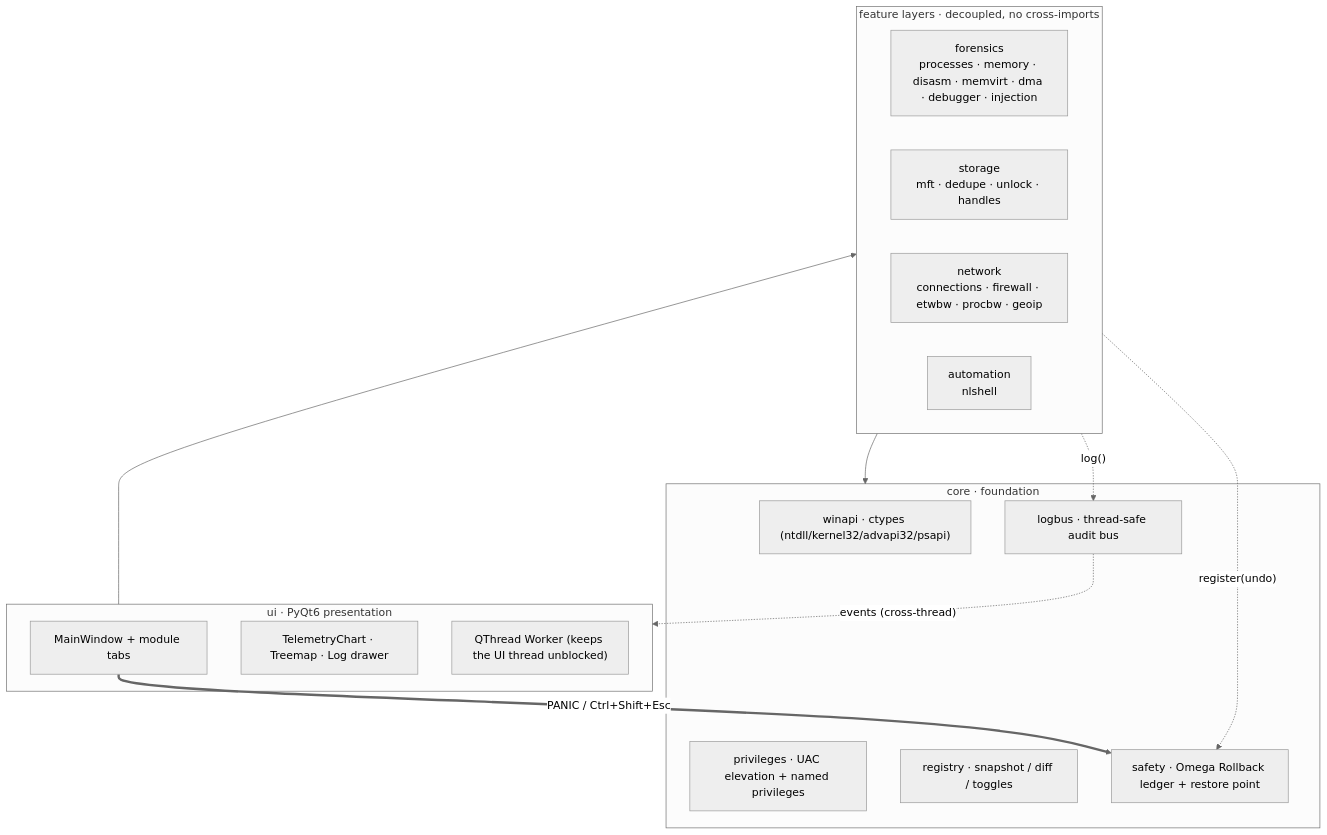
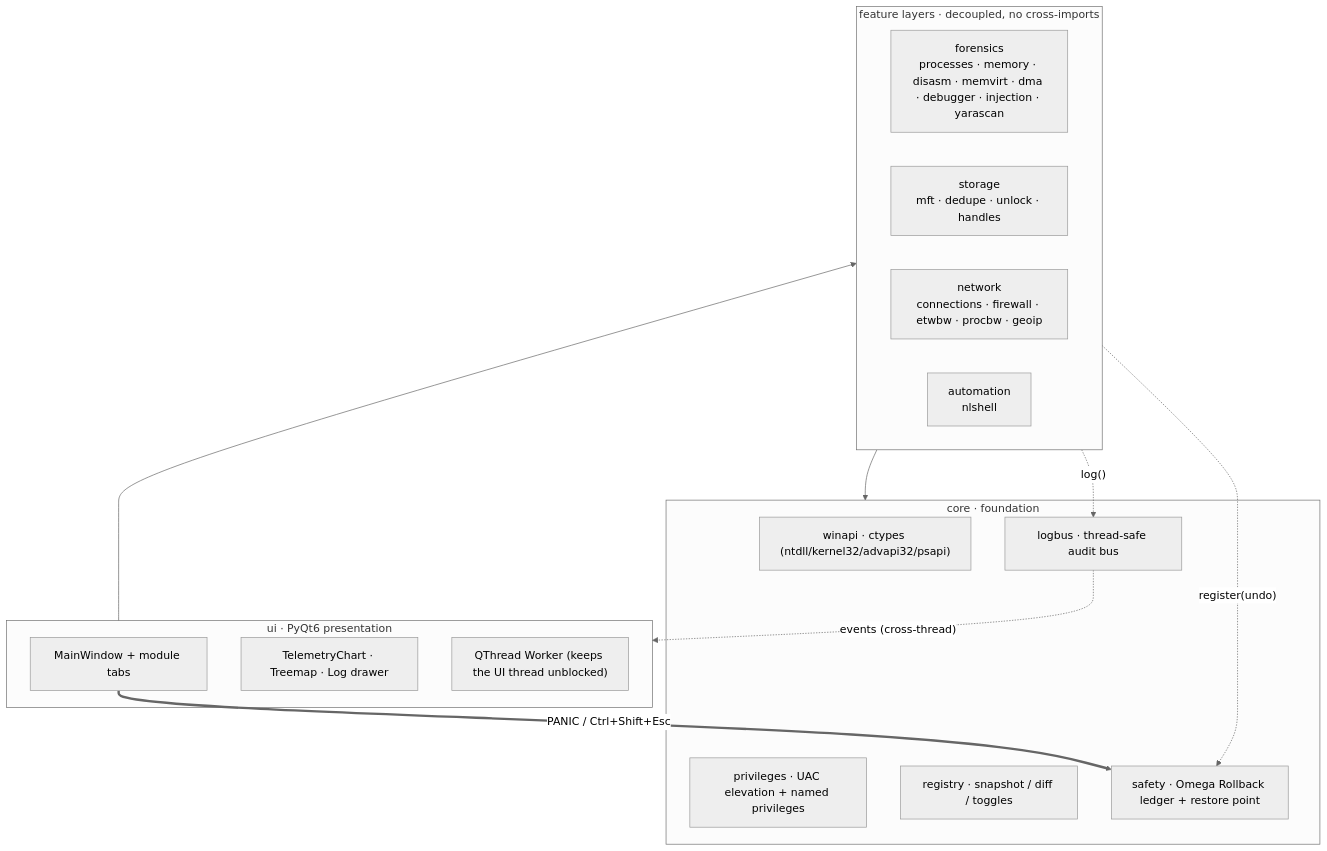
One commit to Dray973/Aetheris changed the first of 2 diagrams in docs/ARCHITECTURE.md. Above: the diagram before and after it, drawn with Mermaid (neutral theme). The commit also changed other lines of this file and 1 other file, not shown here.

Commit message:
docs: document YARA scanning (README + ARCHITECTURE)
Threat-Hunt feature row + status blurb note the optional YARA detector; layout
tree and ARCHITECTURE map list forensics/yarascan; yara-python added to the
optional-engines list; test count updated to 216. (Threat Hunt screenshot not
regenerated for the one added checkbox.)

````diff
--- a/docs/ARCHITECTURE.md
+++ b/docs/ARCHITECTURE.md
@@ -10,29 +10,29 @@
 ```mermaid
 flowchart TB
     subgraph UI["ui · PyQt6 presentation"]
         MW["MainWindow + module tabs"]
         VIS["TelemetryChart · Treemap · Log drawer"]
         WK["QThread Worker (keeps the UI thread unblocked)"]
     end
 
     subgraph FEAT["feature layers · decoupled, no cross-imports"]
-        F["forensics<br/>processes · memory · disasm · memvirt · dma · debugger · injection"]
+        F["forensics<br/>processes · memory · disasm · memvirt · dma · debugger · injection · yarascan"]
         S["storage<br/>mft · dedupe · unlock · handles"]
         N["network<br/>connections · firewall · etwbw · procbw · geoip"]
         A["automation<br/>nlshell"]
     end
 
     subgraph CORE["core · foundation"]
         WIN["winapi · ctypes (ntdll/kernel32/advapi32/psapi)"]
         PRIV["privileges · UAC elevation + named privileges"]
         REG["registry · snapshot / diff / toggles"]
         LB["logbus · thread-safe audit bus"]
         SF["safety · Omega Rollback ledger + restore point"]
     end
 
     UI --> FEAT --> CORE
     FEAT -. "log()" .-> LB
     LB -. "events (cross-thread)" .-> UI
     FEAT -. "register(undo)" .-> SF
     MW == "PANIC / Ctrl+Shift+Esc" ==> SF
 ```
````
